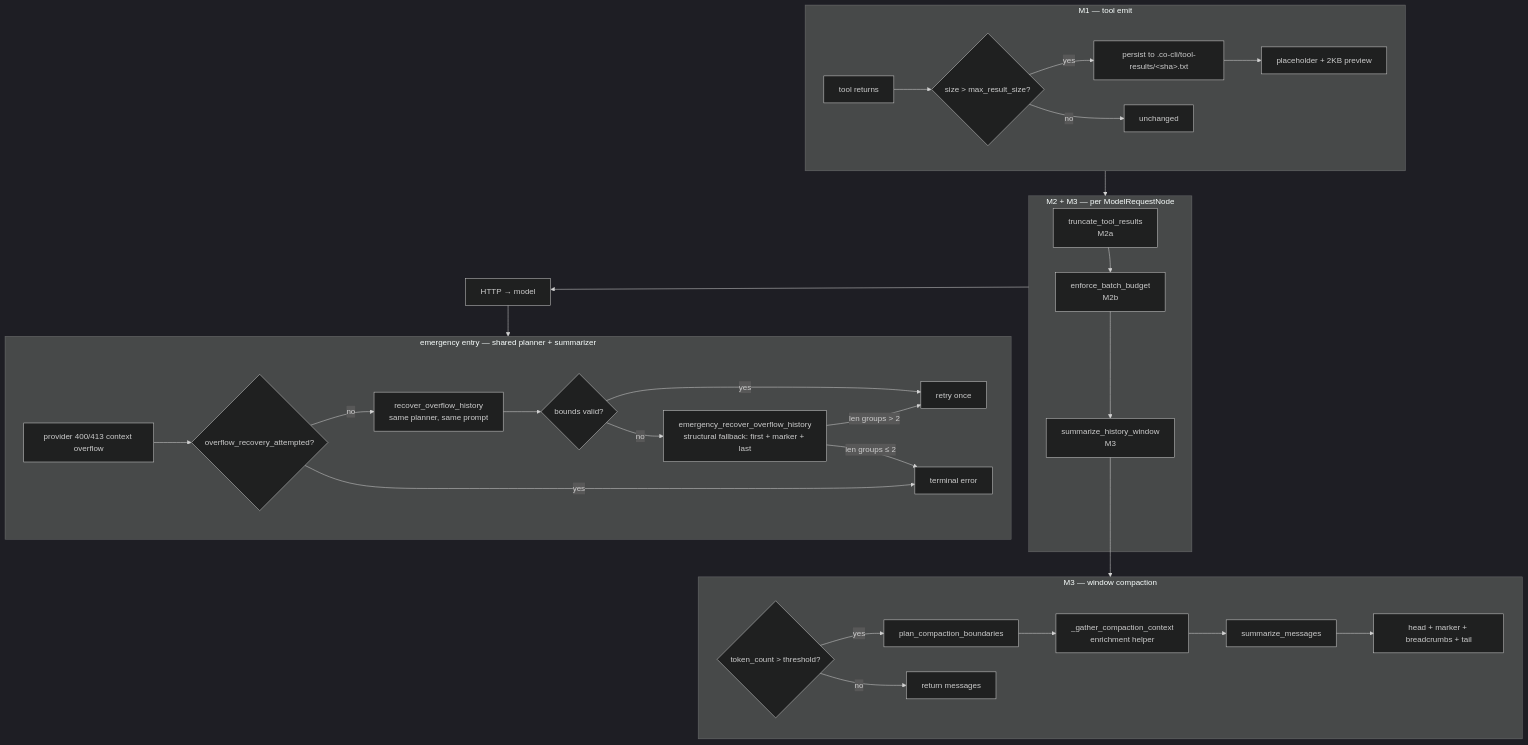
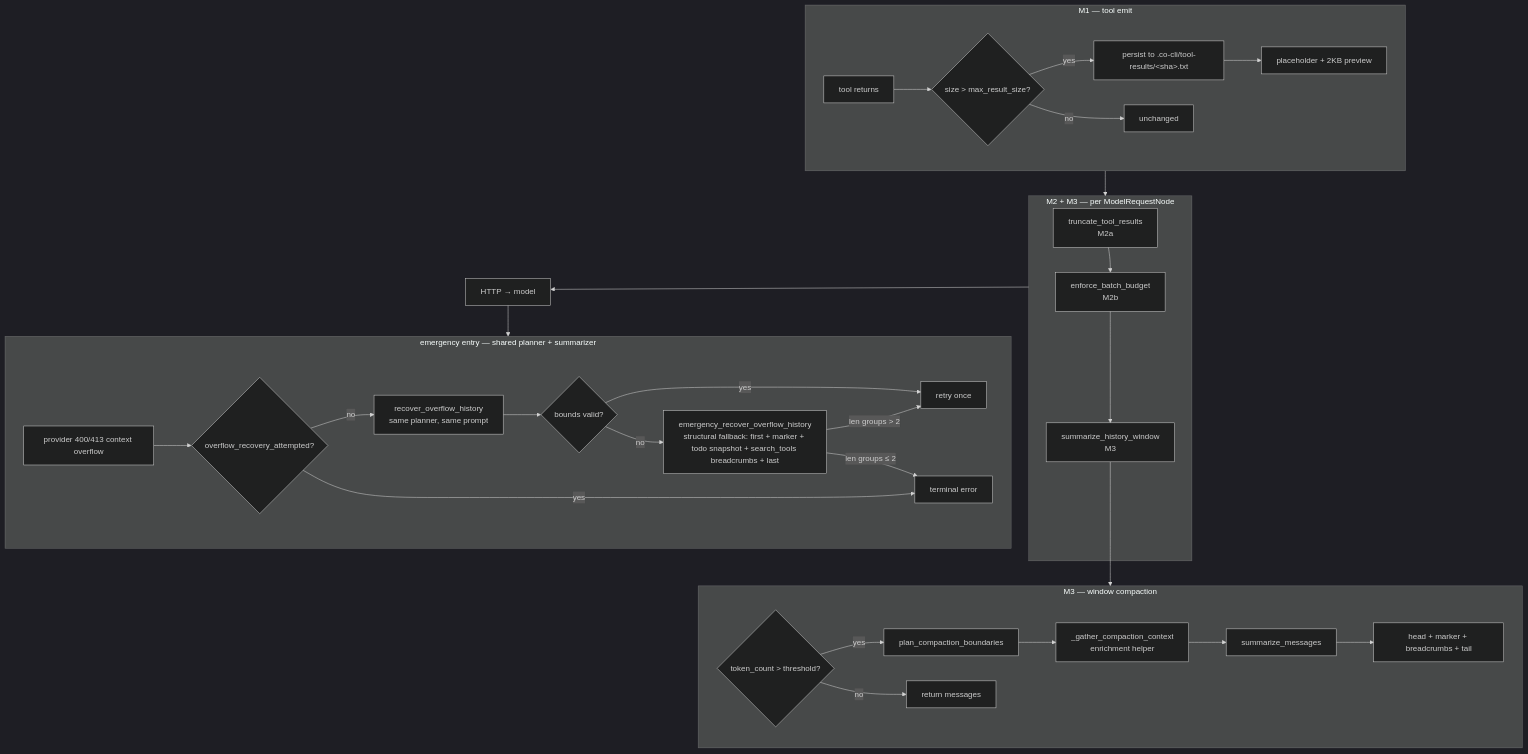
Before and after one commit to binlecode/co-cli: the first of 7 diagrams in docs/specs/compaction.md, drawn with Mermaid (dark theme). The commit also changed other lines of this file and 4 other files, not shown here.

First line of the commit message:
feat: fix anti-thrash counter scope + emergency recover parity (v0.7.287)

````diff
--- a/docs/specs/compaction.md
+++ b/docs/specs/compaction.md
@@ -59,48 +59,48 @@
 ```mermaid
 flowchart TD
     subgraph Emit["M1 — tool emit"]
         T[tool returns]
         T --> S{size &gt; max_result_size?}
         S -->|yes| P[persist to .co-cli/tool-results/&lt;sha&gt;.txt]
         P --> Ph[placeholder + 2KB preview]
         S -->|no| Pass[unchanged]
     end
 
     subgraph PerReq["M2 + M3 — per ModelRequestNode"]
         R1[truncate_tool_results<br/>M2a]
         R1b[enforce_batch_budget<br/>M2b]
         R5[summarize_history_window<br/>M3]
         R1 --> R1b --> R5
     end
 
     subgraph Window["M3 — window compaction"]
         T1{token_count &gt; threshold?}
         T2[plan_compaction_boundaries]
         T3[_gather_compaction_context<br/>enrichment helper]
         T4[summarize_messages]
         T5[head + marker + breadcrumbs + tail]
         T1 -->|yes| T2 --> T3 --> T4 --> T5
         T1 -->|no| Pass2[return messages]
     end
 
     subgraph Overflow["emergency entry — shared planner + summarizer"]
         O1[provider 400/413 context overflow]
         O2{overflow_recovery_attempted?}
         O3[recover_overflow_history<br/>same planner, same prompt]
         O3b{bounds valid?}
-        O3c[emergency_recover_overflow_history<br/>structural fallback: first + marker + last]
+        O3c[emergency_recover_overflow_history<br/>structural fallback: first + marker + todo snapshot + search_tools breadcrumbs + last]
         O4[retry once]
         O1 --> O2
         O2 -->|no| O3 --> O3b
         O3b -->|yes| O4
         O3b -->|no| O3c
         O3c -->|len groups &gt; 2| O4
         O3c -->|len groups ≤ 2| O6[terminal error]
         O2 -->|yes| O6
     end
 
     Emit --> PerReq
     R5 --> Window
     PerReq --> HTTP[HTTP → model]
     HTTP --> Overflow
 ```
````
